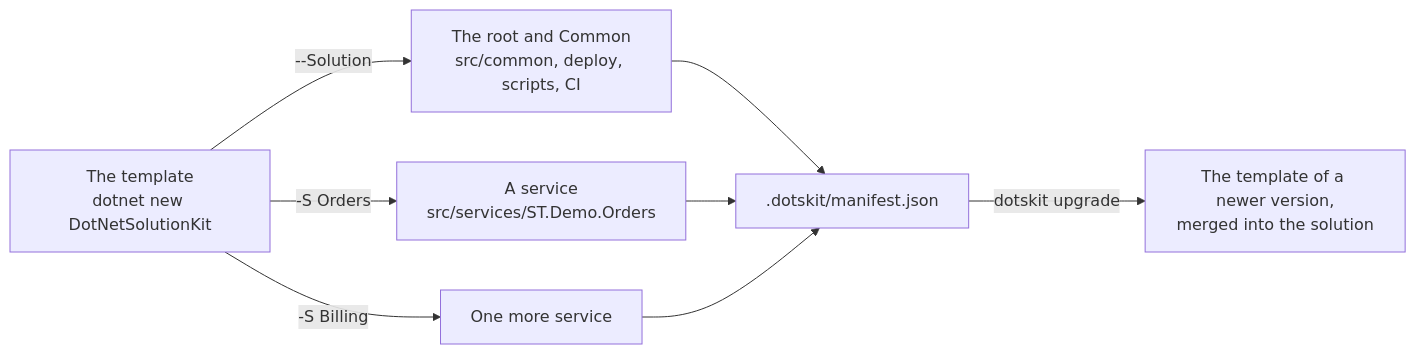
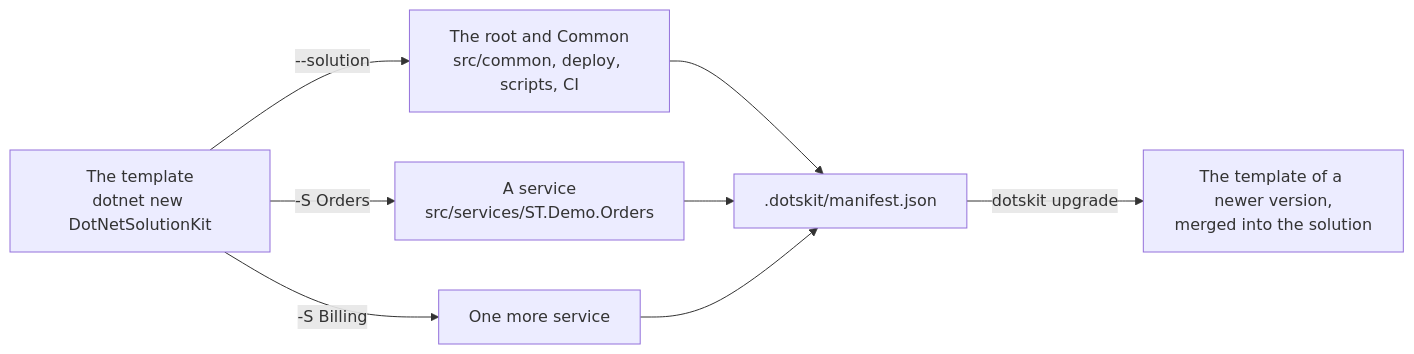
One commit to sawking-tech/DotNetSolutionKit changed the second of 2 diagrams in docs/getting-started/layout.md. Above: the diagram before and after it, drawn with Mermaid. The commit also changed other lines of this file and 76 other files, not shown here.

First line of the commit message:
feat(template): the package is SawKing.DotsKit.Templates, and the docs write the flags in lower case

````diff
--- a/docs/getting-started/layout.md
+++ b/docs/getting-started/layout.md
@@ -75,10 +75,10 @@
 ```mermaid
 flowchart LR
-    T["The template<br/>dotnet new DotNetSolutionKit"] -->|"--Solution"| Root["The root and Common<br/>src/common, deploy, scripts, CI"]
+    T["The template<br/>dotnet new DotNetSolutionKit"] -->|"--solution"| Root["The root and Common<br/>src/common, deploy, scripts, CI"]
     T -->|"-S Orders"| S1["A service<br/>src/services/ST.Demo.Orders"]
     T -->|"-S Billing"| S2["One more service"]
     Root --> M[".dotskit/manifest.json"]
     S1 --> M
     S2 --> M
     M -->|"dotskit upgrade"| U["The template of a newer version,<br/>merged into the solution"]
 ```
````
